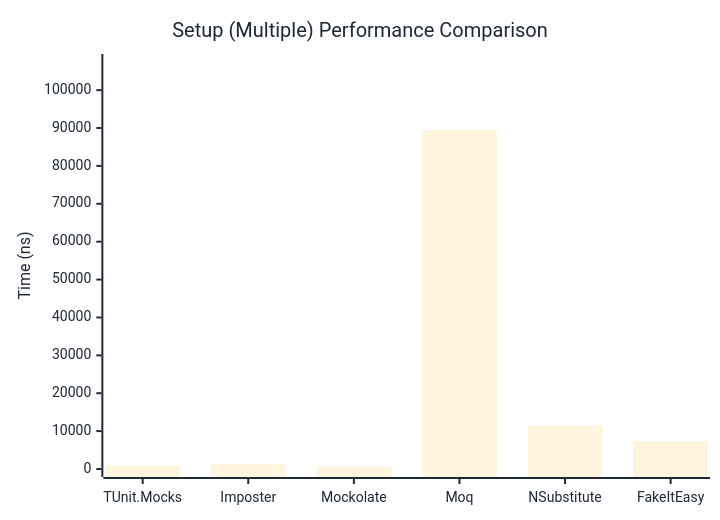
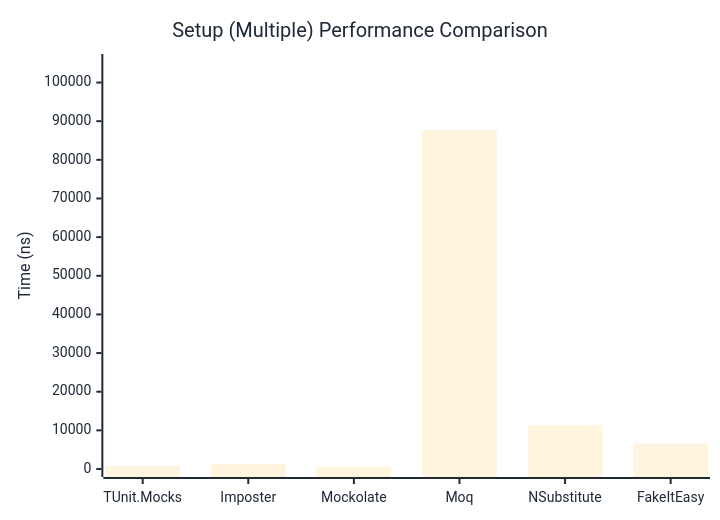
Before and after one commit to thomhurst/TUnit: the second of 2 diagrams in docs/docs/benchmarks/mocks/Setup.md, drawn with Mermaid. The commit also changed other lines of this file and 14 other files, not shown here.

````diff
--- a/docs/docs/benchmarks/mocks/Setup.md
+++ b/docs/docs/benchmarks/mocks/Setup.md
@@ -71,27 +71,27 @@
 ```mermaid
 %%{init: {
   'theme':'base',
   'themeVariables': {
     'primaryColor': '#2563eb',
     'primaryTextColor': '#1f2937',
     'primaryBorderColor': '#1e40af',
     'lineColor': '#6b7280',
     'secondaryColor': '#7c3aed',
     'tertiaryColor': '#dc2626',
     'background': '#ffffff',
     'pie1': '#2563eb',
     'pie2': '#7c3aed',
     'pie3': '#dc2626',
     'pie4': '#f59e0b',
     'pie5': '#10b981',
     'pie6': '#06b6d4',
     'pie7': '#ec4899',
     'pie8': '#6366f1'
   }
 }}%%
 xychart-beta
   title "Setup (Multiple) Performance Comparison"
   x-axis ["TUnit.Mocks", "Imposter", "Mockolate", "Moq", "NSubstitute", "FakeItEasy"]
-  y-axis "Time (ns)" 0 --> 107425
-  bar [828.7, 1392.5, 585.2, 89520.2, 11429.2, 7317.7]
+  y-axis "Time (ns)" 0 --> 105317
+  bar [818.8, 1335.3, 557.8, 87763.4, 11340.9, 6621.3]
 ```
````
